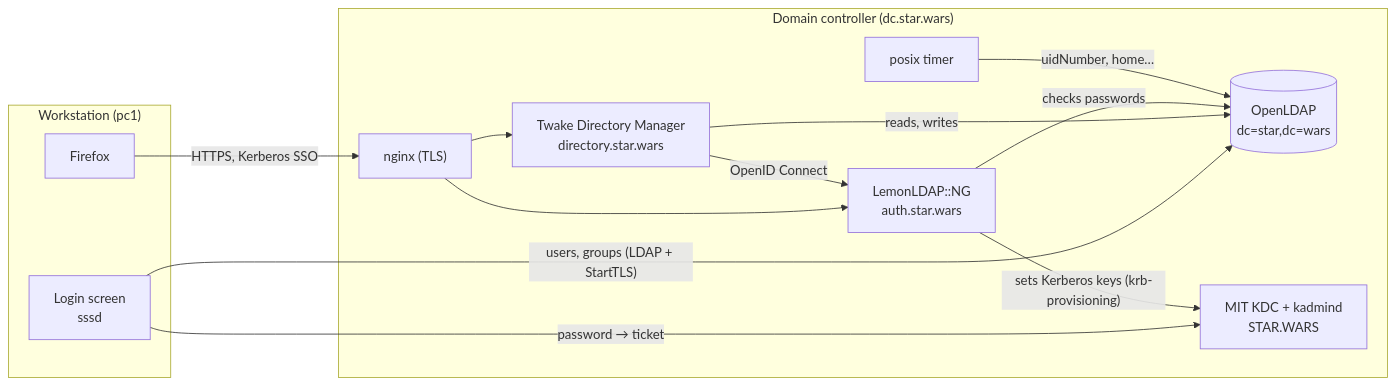
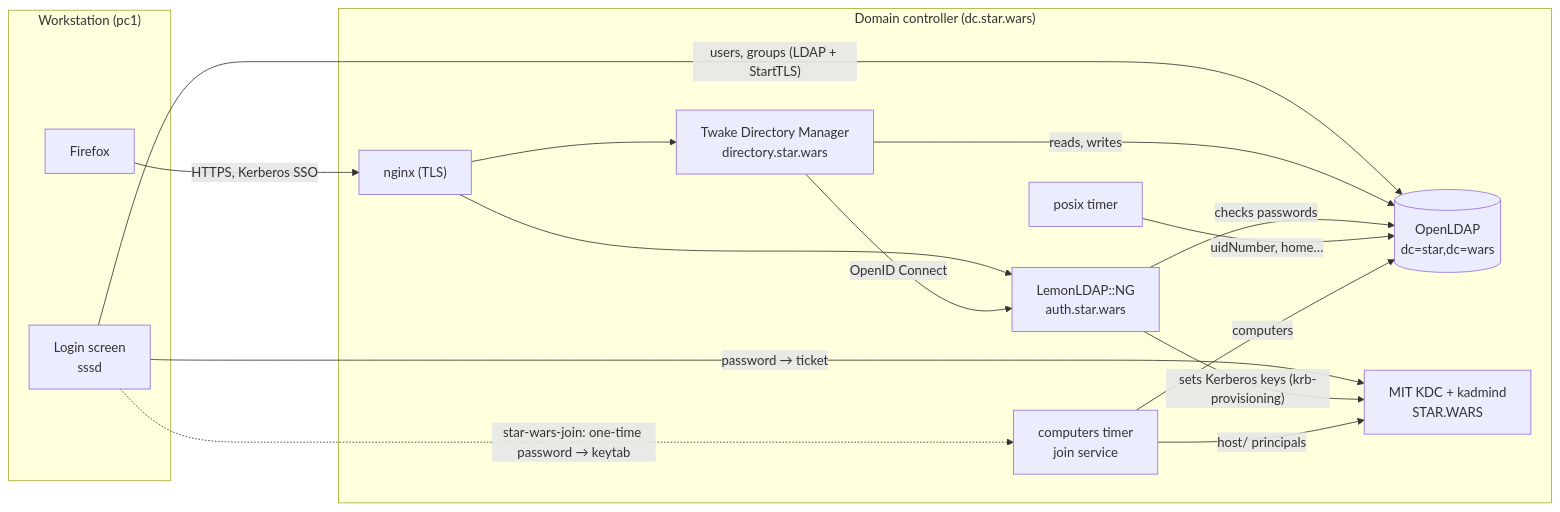
One commit to linagora/krb-demo changed the diagram in README.md. Above: the diagram before and after it, drawn with Mermaid. The commit also changed other lines of this file and 23 other files, not shown here.

````diff
--- a/README.md
+++ b/README.md
@@ -19,25 +19,29 @@
 ```mermaid
 flowchart LR
   subgraph pc["Workstation (pc1)"]
     login["Login screen<br/>sssd"]
     ff["Firefox"]
   end
   subgraph dc["Domain controller (dc.star.wars)"]
     nginx["nginx (TLS)"]
     llng["LemonLDAP::NG<br/>auth.star.wars"]
     tdm["Twake Directory Manager<br/>directory.star.wars"]
     slapd[("OpenLDAP<br/>dc=star,dc=wars")]
     kdc["MIT KDC + kadmind<br/>STAR.WARS"]
     posix["posix timer"]
+    comp["computers timer<br/>join service"]
   end
   login -- "users, groups (LDAP + StartTLS)" --> slapd
   login -- "password → ticket" --> kdc
   ff -- "HTTPS, Kerberos SSO" --> nginx
   nginx --> llng
   nginx --> tdm
   tdm -- "OpenID Connect" --> llng
   tdm -- "reads, writes" --> slapd
   llng -- "checks passwords" --> slapd
   llng -- "sets Kerberos keys (krb-provisioning)" --> kdc
   posix -- "uidNumber, home…" --> slapd
+  comp -- "computers" --> slapd
+  comp -- "host/ principals" --> kdc
+  login -. "star-wars-join: one-time password → keytab" .-> comp
 ```
````
